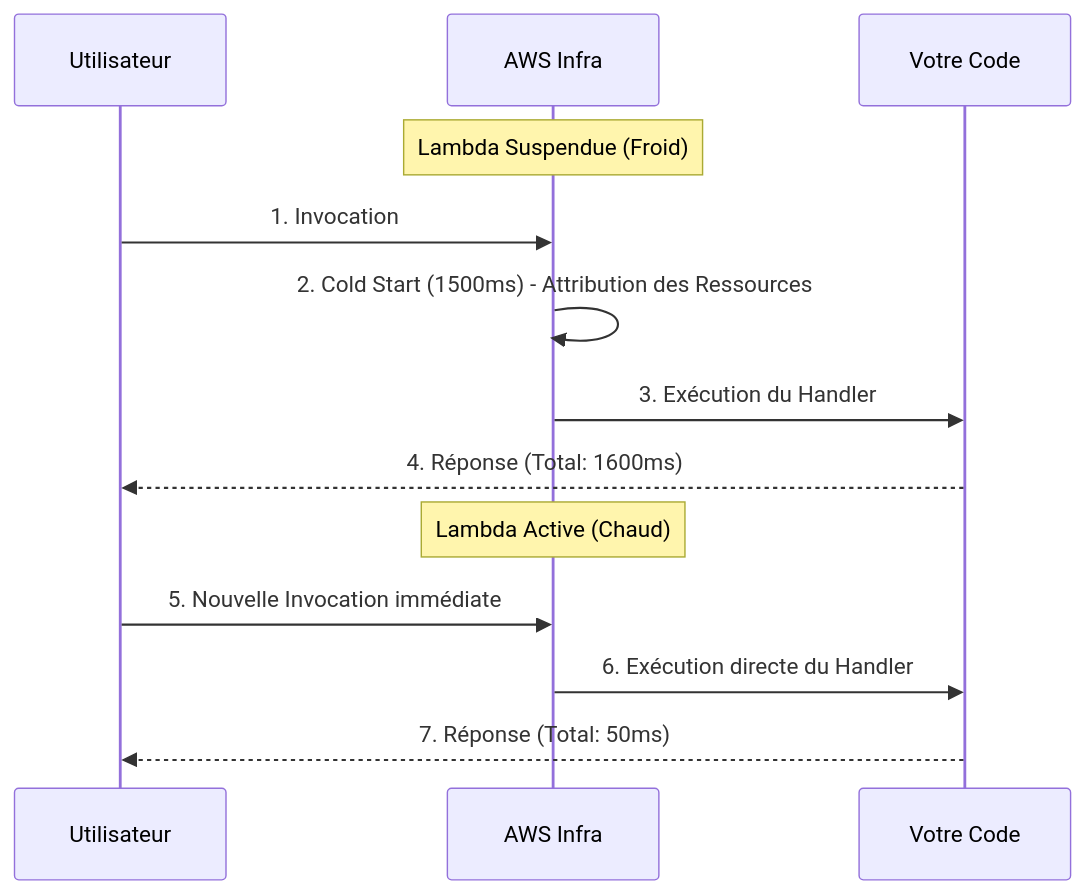
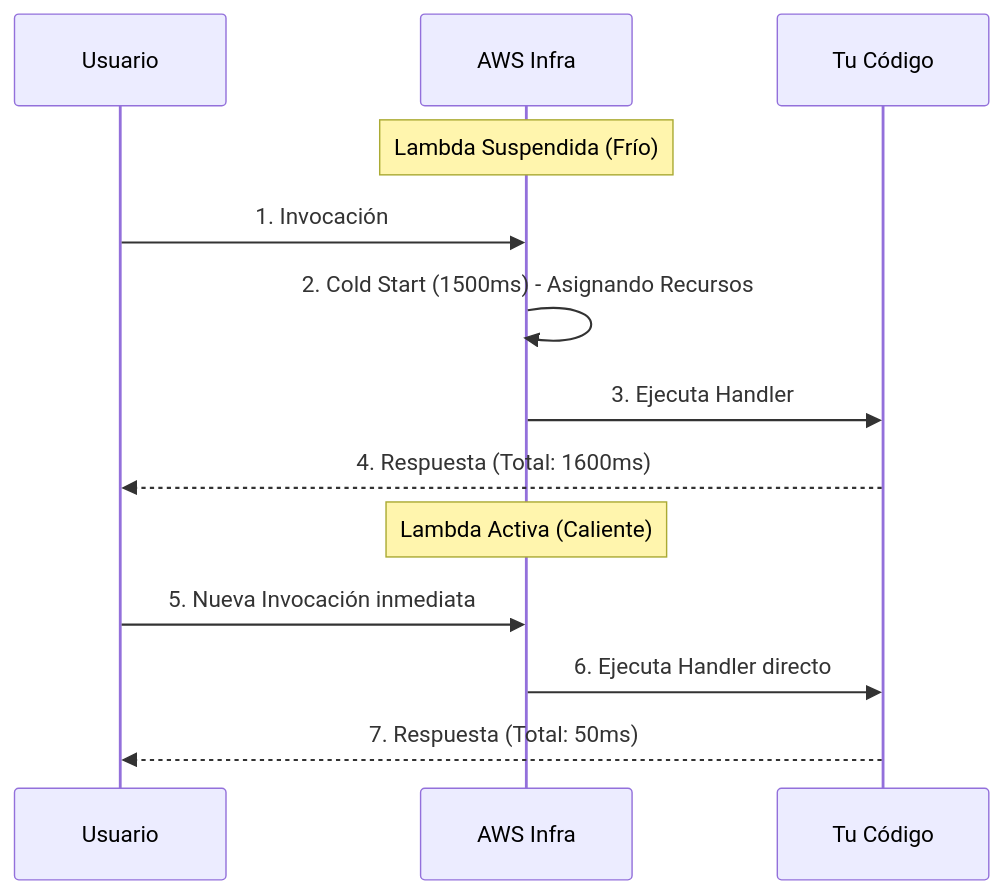
Before and after one commit to gjpierp/nmergeia: the first of 2 diagrams in public/docs/fr/ext_aws_basico.md, drawn with Mermaid. The commit also changed other lines of this file and 518 other files, not shown here.

````diff
--- a/public/docs/fr/ext_aws_basico.md
+++ b/public/docs/fr/ext_aws_basico.md
@@ -46,17 +46,17 @@
 ```mermaid
 sequenceDiagram
-    participant Usuario as Utilisateur
+    participant Usuario
     participant AWS as AWS Infra
-    participant Lambda as Votre Code
+    participant Lambda as Tu Código
 
-    Note over AWS: Lambda Suspendue (Froid)
-    Usuario->>AWS: 1. Invocation
-    AWS->>AWS: 2. Cold Start (1500ms) - Attribution des Ressources
-    AWS->>Lambda: 3. Exécution du Handler
-    Lambda-->>Usuario: 4. Réponse (Total: 1600ms)
+    Note over AWS: Lambda Suspendida (Frío)
+    Usuario->>AWS: 1. Invocación
+    AWS->>AWS: 2. Cold Start (1500ms) - Asignando Recursos
+    AWS->>Lambda: 3. Ejecuta Handler
+    Lambda-->>Usuario: 4. Respuesta (Total: 1600ms)
 
-    Note over AWS: Lambda Active (Chaud)
-    Usuario->>AWS: 5. Nouvelle Invocation immédiate
-    AWS->>Lambda: 6. Exécution directe du Handler
-    Lambda-->>Usuario: 7. Réponse (Total: 50ms)
+    Note over AWS: Lambda Activa (Caliente)
+    Usuario->>AWS: 5. Nueva Invocación inmediata
+    AWS->>Lambda: 6. Ejecuta Handler directo
+    Lambda-->>Usuario: 7. Respuesta (Total: 50ms)
 ```
````
